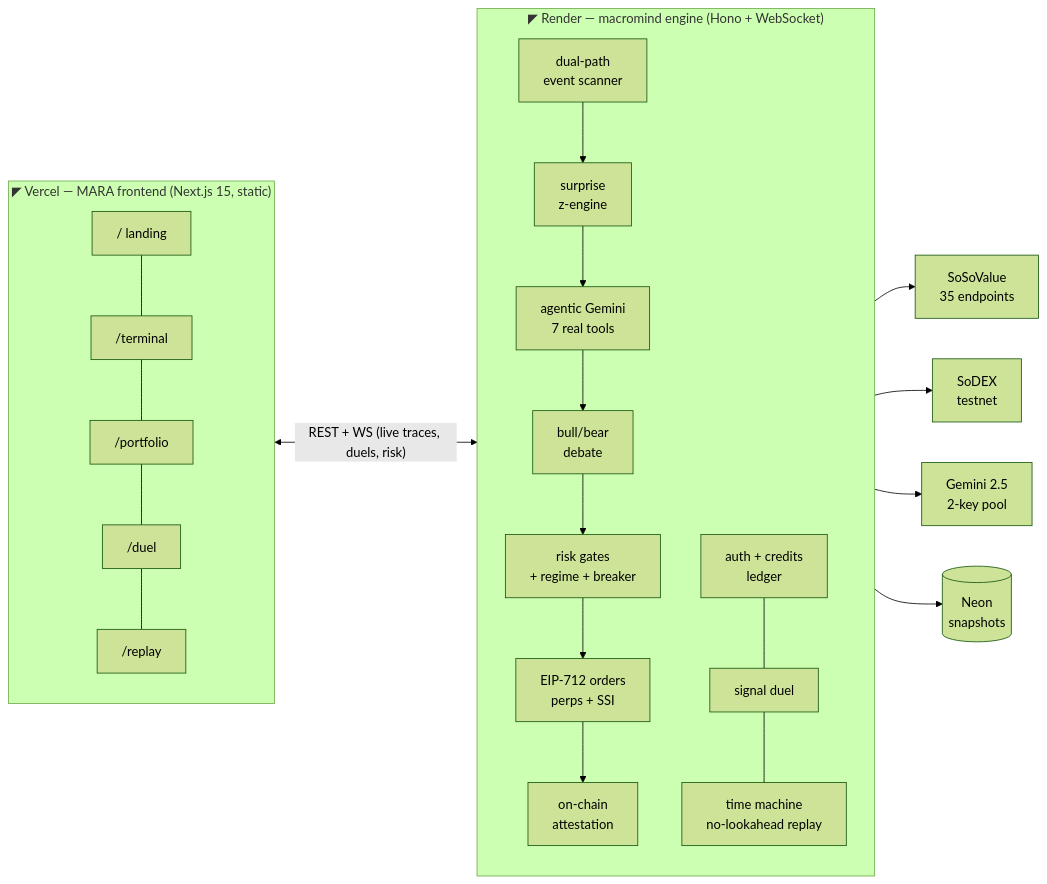
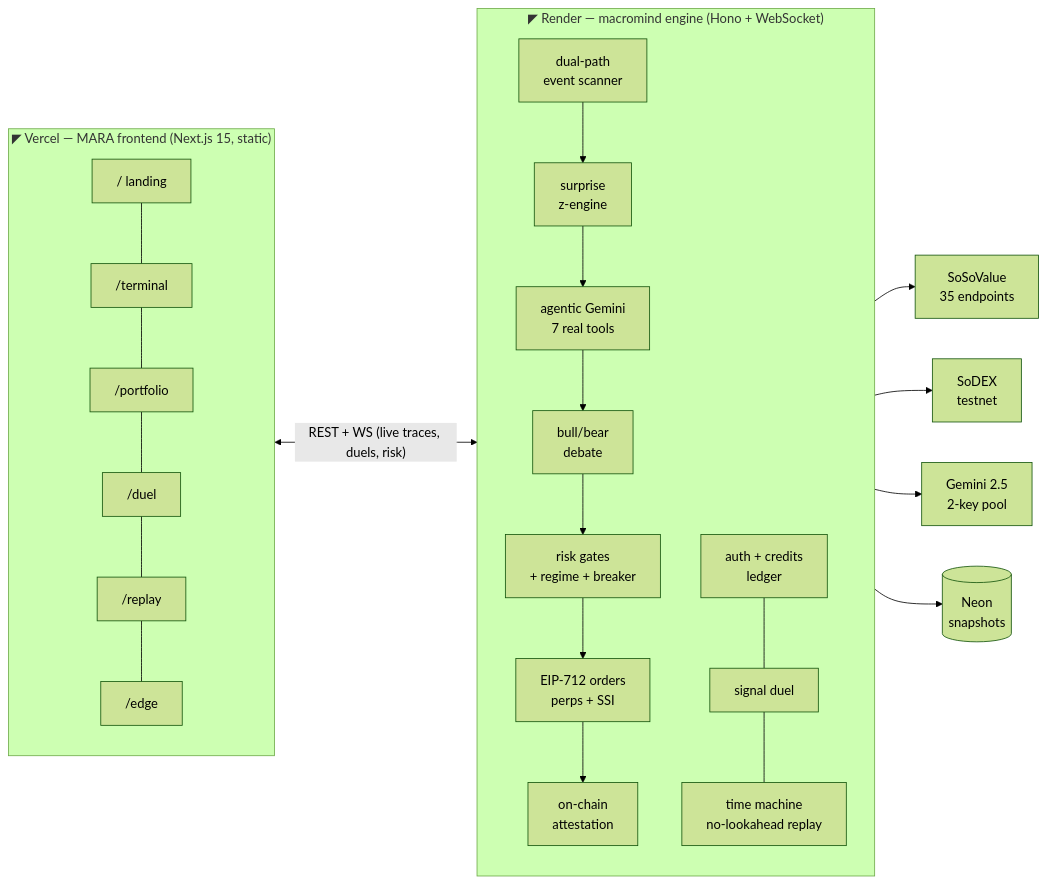
Before and after one commit to harsh11067/mara: the diagram in README.md, drawn with Mermaid (forest theme). The commit also changed other lines of this file and 9 other files, not shown here.

````diff
--- a/README.md
+++ b/README.md
@@ -27,17 +27,17 @@
 ```mermaid
 flowchart LR
     subgraph V["◤ Vercel — MARA frontend (Next.js 15, static)"]
-        L["/  landing"] --- T["/terminal"] --- P["/portfolio"] --- D["/duel"] --- R["/replay"]
+        L["/  landing"] --- T["/terminal"] --- P["/portfolio"] --- D["/duel"] --- R["/replay"] --- E2["/edge"]
     end
     subgraph B["◤ Render — macromind engine (Hono + WebSocket)"]
         SC[dual-path\nevent scanner] --> SE[surprise\nz-engine] --> AG[agentic Gemini\n7 real tools]
         AG --> DB8[bull/bear\ndebate] --> RK[risk gates\n+ regime + breaker] --> EX[EIP-712 orders\nperps + SSI]
         EX --> AT[on-chain\nattestation]
         AU[auth + credits\nledger] --- DU[signal duel] --- TM[time machine\nno-lookahead replay]
     end
     V <-->|"REST + WS (live traces, duels, risk)"| B
     B --> SO[SoSoValue\n35 endpoints]
     B --> SX[SoDEX\ntestnet]
     B --> GM[Gemini 2.5\n2-key pool]
     B --> NE[(Neon\nsnapshots)]
 ```
````
